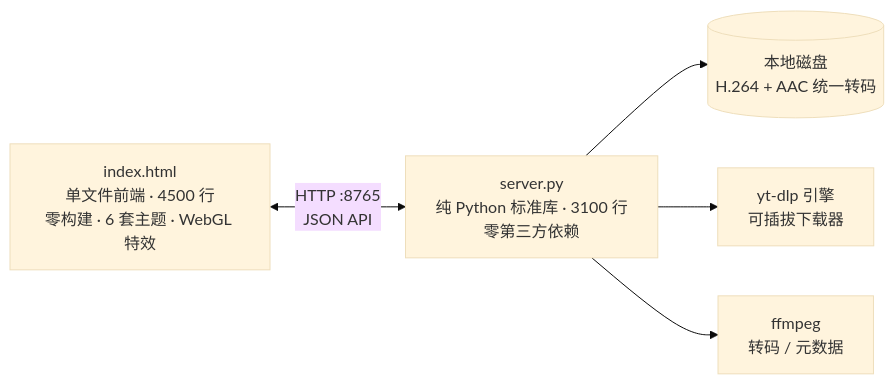
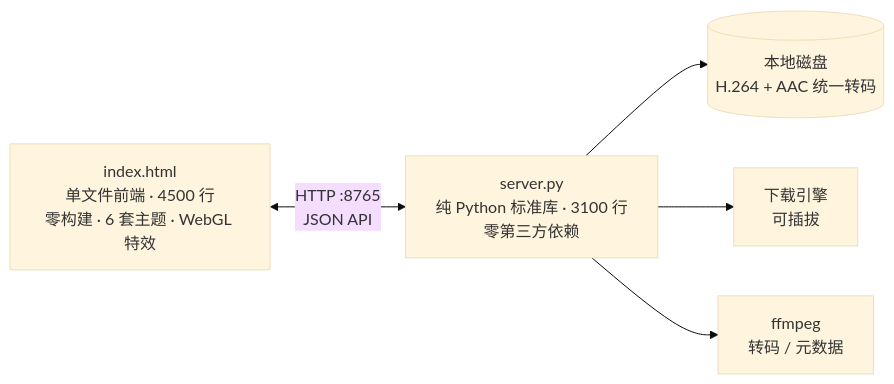
The diagram in README.md (mike22890/Decache), drawn with Mermaid (base theme) before and after one commit. The commit also changed other lines of this file and 25 other files, not shown here.

Commit message:
docs(site): GitHub Pages 落地页 + llms.txt/llms-full.txt + README 重构(一句话答案/硬数字/对比表/FAQ) + 19 个 topics + 新版六主题截图

````diff
--- a/README.md
+++ b/README.md
@@ -63,7 +102,7 @@
 ```mermaid
 graph LR
     A["index.html<br/>单文件前端 · 4500 行<br/>零构建 · 6 套主题 · WebGL 特效"] <-- "HTTP :8765<br/>JSON API" --> B["server.py<br/>纯 Python 标准库 · 3100 行<br/>零第三方依赖"]
     B --> C[("本地磁盘<br/>H.264 + AAC 统一转码")]
-    B --> D["yt-dlp 引擎<br/>可插拔下载器"]
+    B --> D["下载引擎<br/>可插拔"]
     B --> E["ffmpeg<br/>转码 / 元数据"]
 ```
````
